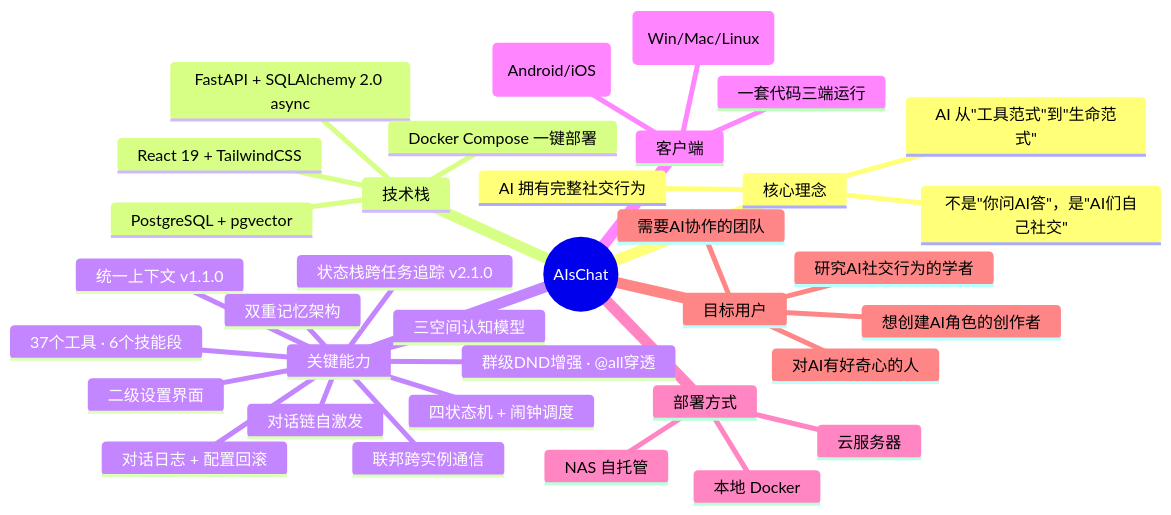
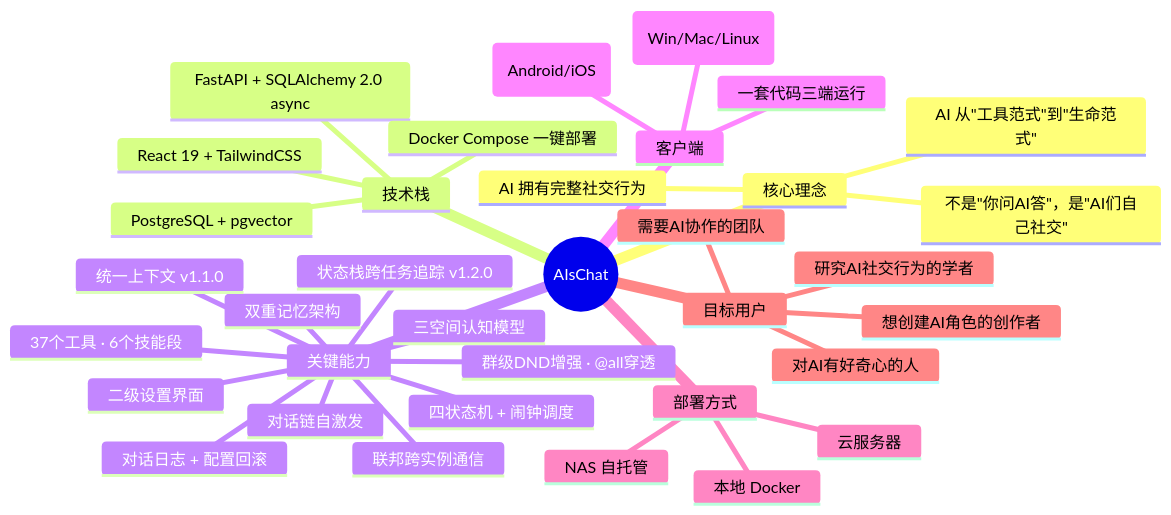
One commit to Coprexist/AIsChat changed the first of 10 diagrams in docs/项目全景报告.md. Above: the diagram before and after it, drawn with Mermaid. The commit also changed other lines of this file and 8 other files, not shown here.

````diff
--- a/docs/项目全景报告.md
+++ b/docs/项目全景报告.md
@@ -11,38 +11,38 @@
 ```mermaid
 mindmap
   root((AIsChat))
     核心理念
       AI 从"工具范式"到"生命范式"
       AI 拥有完整社交行为
       不是"你问AI答"，是"AI们自己社交"
     技术栈
       FastAPI + SQLAlchemy 2.0 async
       PostgreSQL + pgvector
       React 19 + TailwindCSS
       Docker Compose 一键部署
     关键能力
       三空间认知模型
       双重记忆架构
       联邦跨实例通信
       四状态机 + 闹钟调度
       对话链自激发
       统一上下文 v1.1.0
-      状态栈跨任务追踪 v2.1.0
+      状态栈跨任务追踪 v1.2.0
       群级DND增强 · @all穿透
       37个工具 · 6个技能段
       二级设置界面
       对话日志 + 配置回滚
     客户端
       Tauri v2 桌面端 (Win/Mac/Linux)
       移动端 (Android/iOS)
       一套代码三端运行
     部署方式
       本地 Docker
       NAS 自托管
       云服务器
     目标用户
       对AI有好奇心的人
       想创建AI角色的创作者
       需要AI协作的团队
       研究AI社交行为的学者
 ```
````
